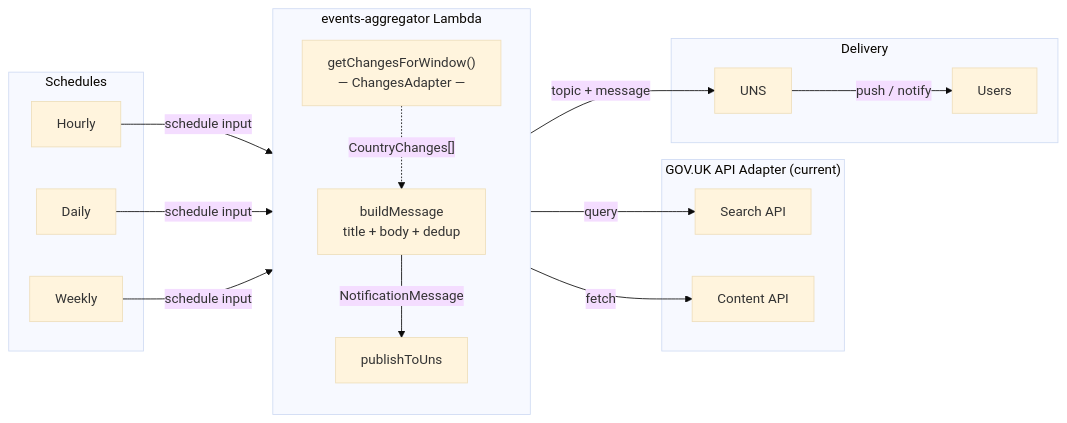
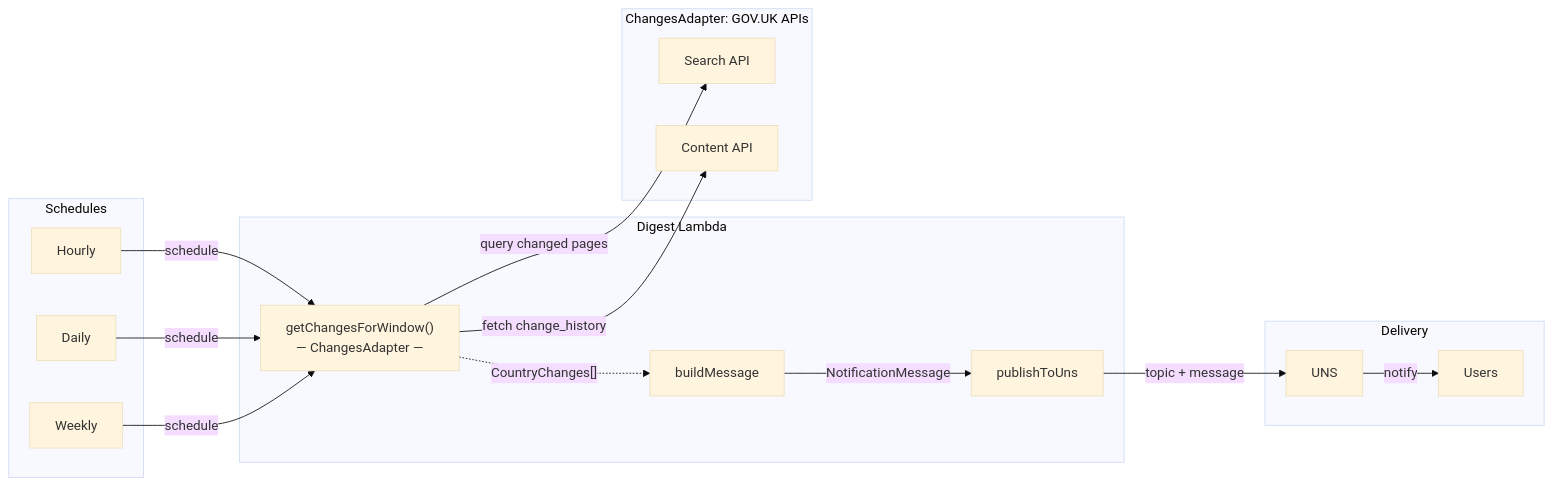
Before and after one commit to govuk-once/events-aggregator: the first of 2 diagrams in README.md, drawn with Mermaid (base theme). The commit also changed other lines of this file, not shown here.

First line of the commit message:
docs: align now/future diagrams with shared language at the seams

````diff
--- a/README.md
+++ b/README.md
@@ -7,33 +7,32 @@
 ```mermaid
 flowchart LR
     subgraph Schedules
         H[Hourly]
         D[Daily]
         W[Weekly]
     end
 
-    subgraph Lambda["events-aggregator Lambda"]
-        direction TB
+    subgraph "Digest Lambda"
         GCW["getChangesForWindow()\n— ChangesAdapter —"]
-        Build[buildMessage\ntitle + body + dedup]
+        Build[buildMessage]
         Pub[publishToUns]
     end
 
-    subgraph "GOV.UK API Adapter (current)"
+    subgraph "ChangesAdapter: GOV.UK APIs"
         SA[Search API]
         CA[Content API]
     end
 
     subgraph Delivery
         UNS[UNS]
         Users[Users]
     end
 
-    H & D & W -->|schedule input| GCW
-    GCW -->|query| SA
-    GCW -->|fetch| CA
+    H & D & W -->|schedule| GCW
+    GCW -->|query changed pages| SA
+    GCW -->|fetch change_history| CA
     GCW -.->|"CountryChanges[]"| Build
     Build -->|NotificationMessage| Pub
     Pub -->|topic + message| UNS
-    UNS -->|push / notify| Users
+    UNS -->|notify| Users
 ```
````
